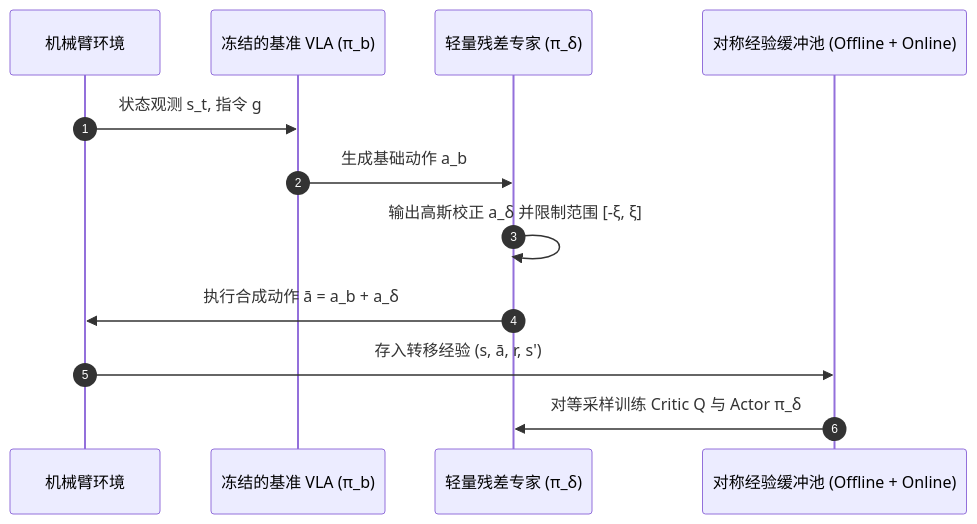
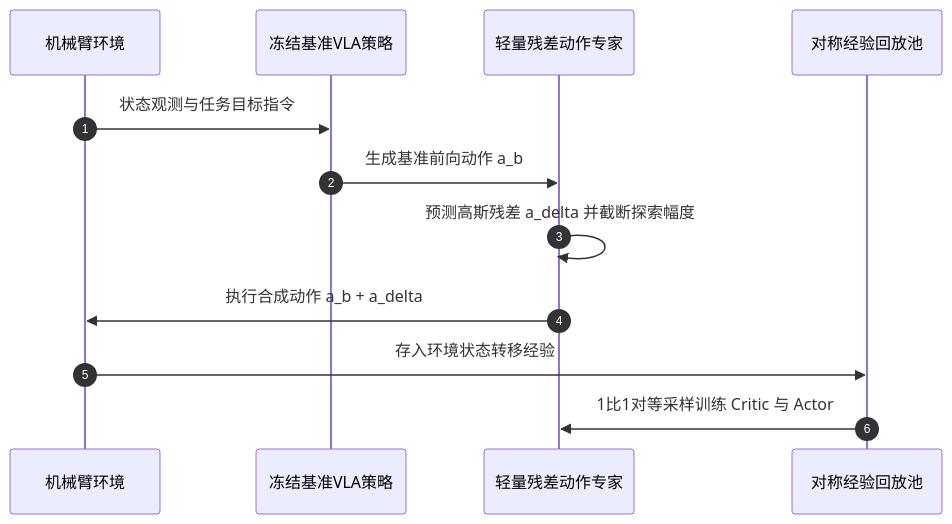
Before and after one commit to charming0668/paper-quartz: the second of 2 diagrams in content/paper_2511.00091/论文解读.md, drawn with Mermaid. The commit also changed other lines of this file and 1 other file, not shown here.

Commit message:
fix: resolve mermaid syntax error for Mermaid 11.4.0 in paper_2511.00091

````diff
--- a/content/paper_2511.00091/论文解读.md
+++ b/content/paper_2511.00091/论文解读.md
@@ -126,15 +121,15 @@
 ```mermaid
 sequenceDiagram
     autonumber
     participant Env as 机械臂环境
-    participant Base as 冻结的基准 VLA (π_b)
-    participant Res as 轻量残差专家 (π_δ)
-    participant Buf as 对称经验缓冲池 (Offline + Online)
+    participant Base as 冻结基准VLA策略
+    participant Res as 轻量残差动作专家
+    participant Buf as 对称经验回放池
     
-    Env->>Base: 状态观测 s_t, 指令 g
-    Base->>Res: 生成基础动作 a_b
-    Res->>Res: 输出高斯校正 a_δ 并限制范围 [-ξ, ξ]
-    Res->>Env: 执行合成动作 ā = a_b + a_δ
-    Env->>Buf: 存入转移经验 (s, ā, r, s')
-    Buf->>Res: 对等采样训练 Critic Q 与 Actor π_δ
+    Env->>Base: 状态观测与任务目标指令
+    Base->>Res: 生成基准前向动作 a_b
+    Res->>Res: 预测高斯残差 a_delta 并截断探索幅度
+    Res->>Env: 执行合成动作 a_b + a_delta
+    Env->>Buf: 存入环境状态转移经验
+    Buf->>Res: 1比1对等采样训练 Critic 与 Actor
 ```
````
